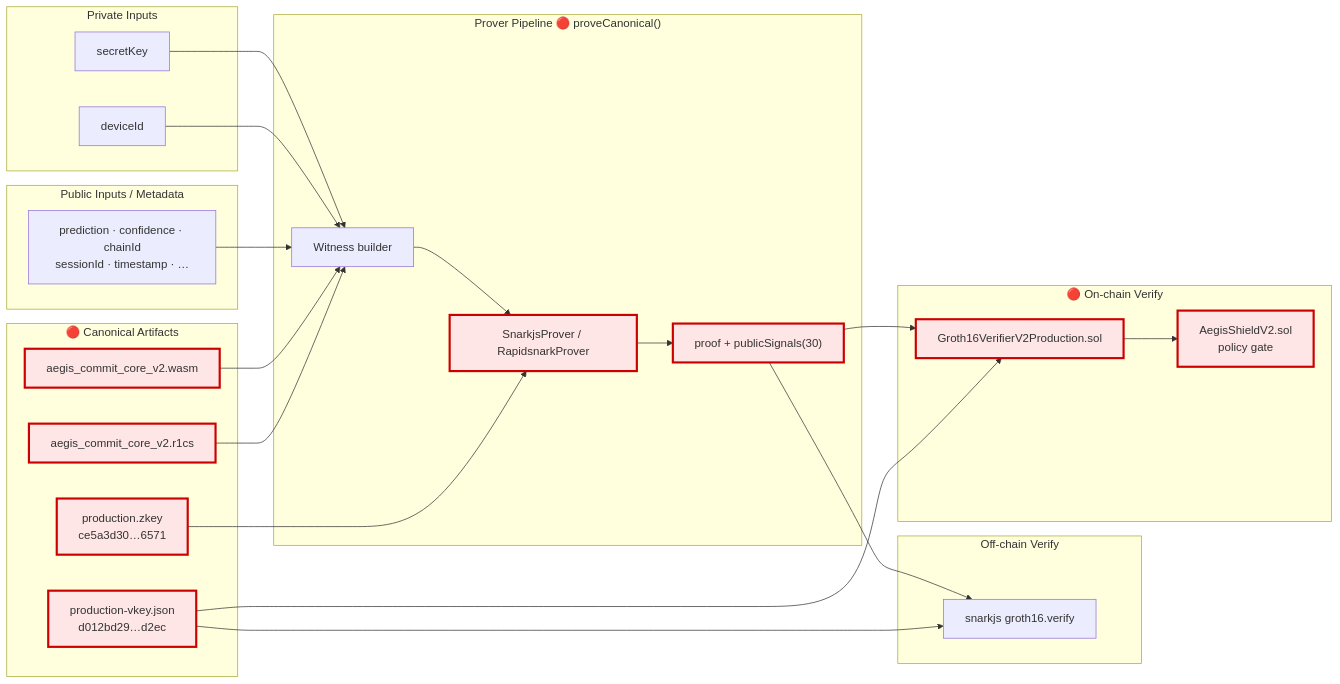
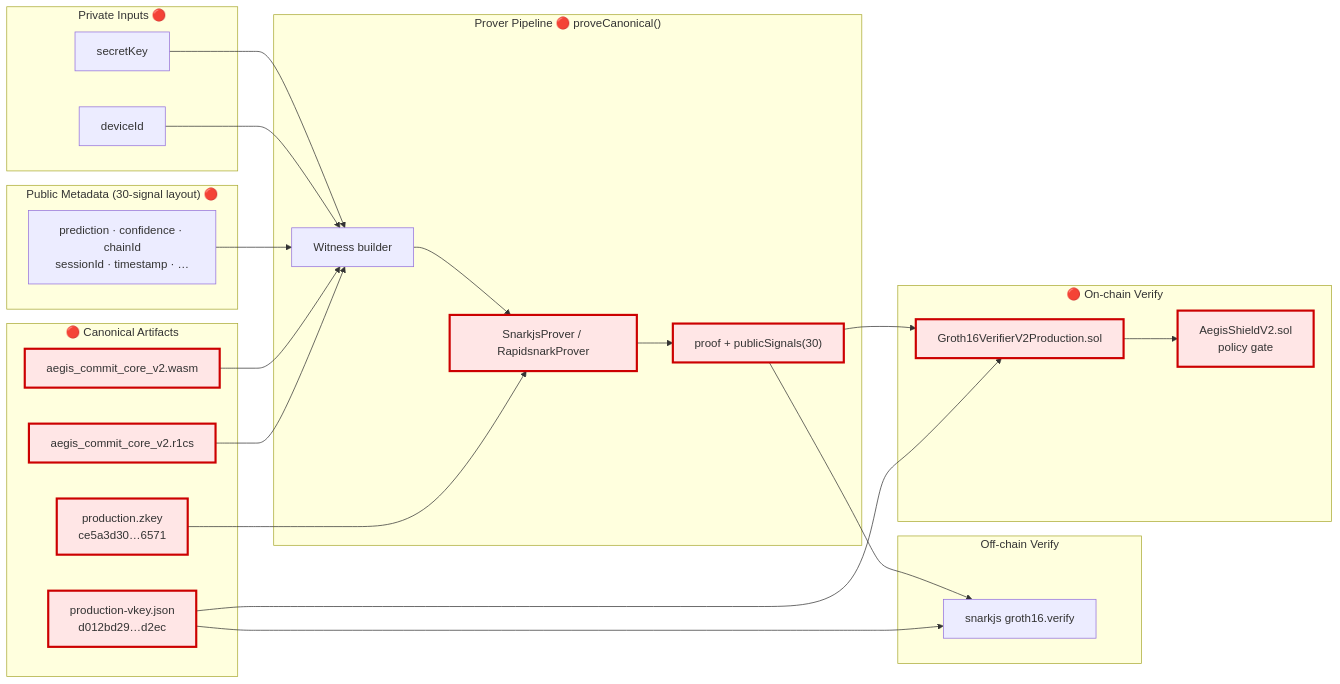
Before and after one commit to zenoamo/AegisProof-v2: the third of 9 diagrams in docs/architecture/aegisproof-v2-full-architecture.md, drawn with Mermaid. The commit also changed other lines of this file and 12 other files, not shown here.

Commit message:
docs: repair architecture and security documentation consistency

````diff
--- a/docs/architecture/aegisproof-v2-full-architecture.md
+++ b/docs/architecture/aegisproof-v2-full-architecture.md
@@ -173,50 +189,50 @@
 ```mermaid
 flowchart LR
-  subgraph INPUTS["Private Inputs"]
+  subgraph INPUTS["Private Inputs 🔴"]
     SK["secretKey"]
     DID["deviceId"]
   end
 
-  subgraph PUBLIC["Public Inputs / Metadata"]
+  subgraph PUBLIC["Public Metadata (30-signal layout) 🔴"]
     META["prediction · confidence · chainId<br/>sessionId · timestamp · …"]
   end
 
   subgraph COMPILE["🔴 Canonical Artifacts"]
     WASM["aegis_commit_core_v2.wasm"]
     R1CS["aegis_commit_core_v2.r1cs"]
     ZKEY["production.zkey<br/>ce5a3d30…6571"]
     VKEY["production-vkey.json<br/>d012bd29…d2ec"]
   end
 
   subgraph PROVE["Prover Pipeline 🔴 proveCanonical()"]
     WTNS["Witness builder"]
     PROV["SnarkjsProver / RapidsnarkProver"]
     OUT["proof + publicSignals(30)"]
   end
 
   subgraph VERIFY_OFF["Off-chain Verify"]
     SNARKJS["snarkjs groth16.verify"]
   end
 
   subgraph VERIFY_ON["🔴 On-chain Verify"]
     G16["Groth16VerifierV2Production.sol"]
     SHIELD["AegisShieldV2.sol<br/>policy gate"]
   end
 
   SK --> WTNS
   DID --> WTNS
   META --> WTNS
   WASM --> WTNS
   R1CS --> WTNS
   WTNS --> PROV
   ZKEY --> PROV
   PROV --> OUT
   OUT --> SNARKJS
   VKEY --> SNARKJS
   OUT --> G16
   VKEY --> G16
   G16 --> SHIELD
 
   classDef frozen fill:#ffe6e6,stroke:#cc0000,stroke-width:3px
   class WASM,R1CS,ZKEY,VKEY,PROV,OUT,G16,SHIELD frozen
 ```
````
